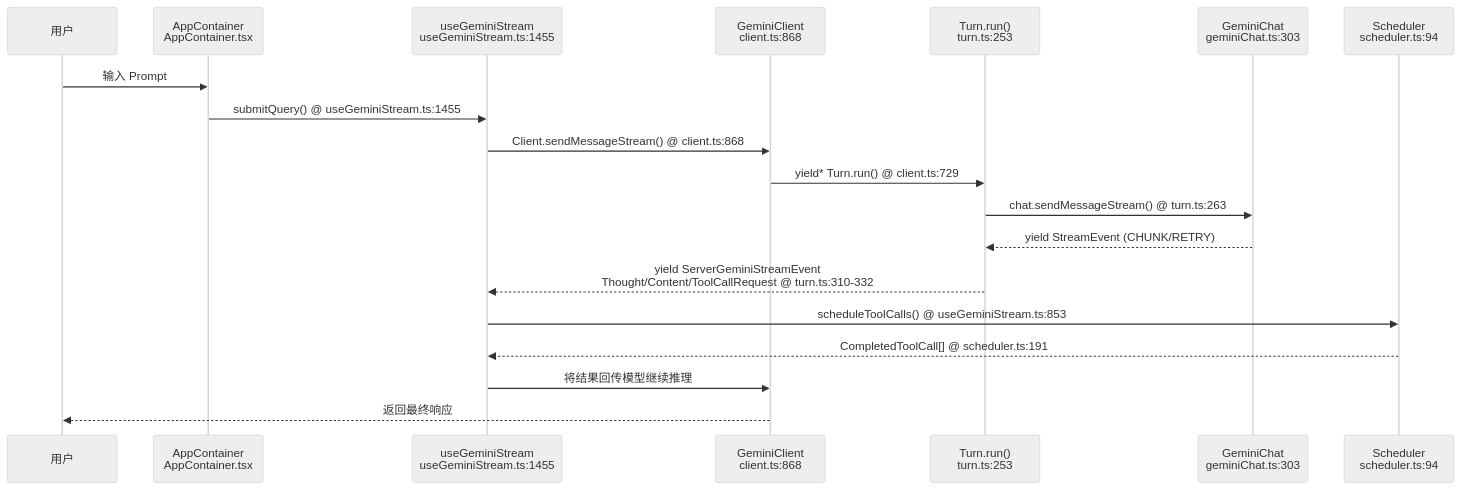
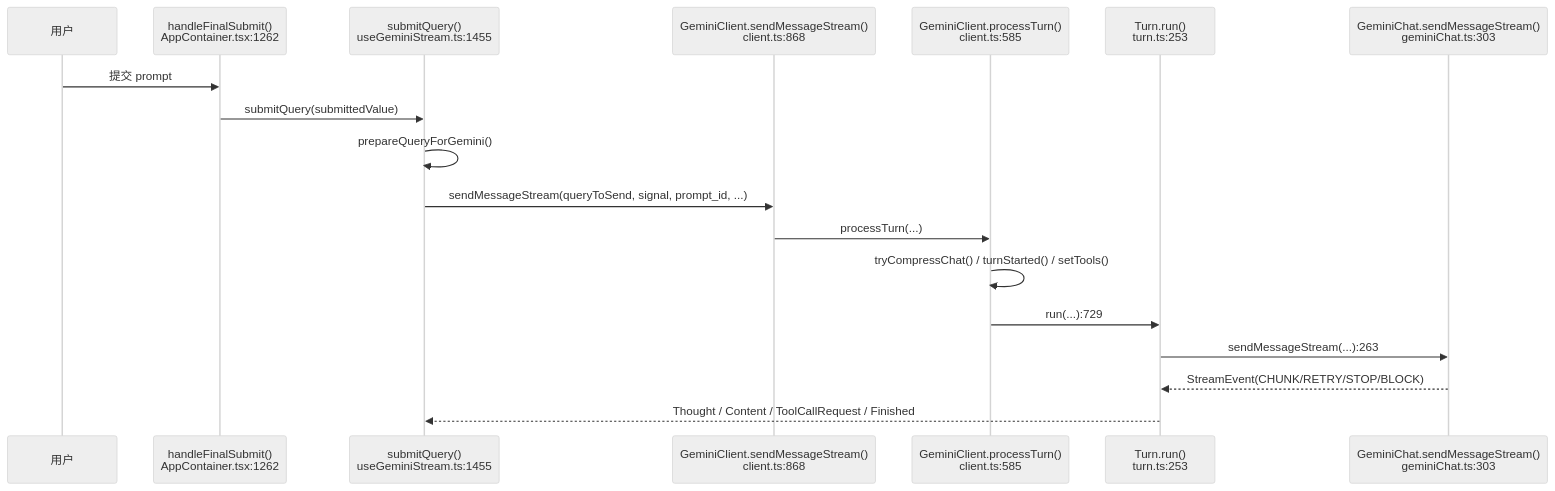
Before and after one commit to feuyeux/hello-olleh: the third of 7 diagrams in hello-gemini-cli/03-agent-loop.md, drawn with Mermaid. The commit also changed other lines of this file, not shown here.

````diff
--- a/hello-gemini-cli/03-agent-loop.md
+++ b/hello-gemini-cli/03-agent-loop.md
@@ -21,23 +138,22 @@
 ```mermaid
 %%{init: {'theme': 'neutral'}}%%
 sequenceDiagram
     participant User as 用户
-    participant App as AppContainer<br/>AppContainer.tsx
-    participant Stream as useGeminiStream<br/>useGeminiStream.ts:1455
-    participant Client as GeminiClient<br/>client.ts:868
+    participant App as handleFinalSubmit()<br/>AppContainer.tsx:1262
+    participant Hook as submitQuery()<br/>useGeminiStream.ts:1455
+    participant Client as GeminiClient.sendMessageStream()<br/>client.ts:868
+    participant TurnCtl as GeminiClient.processTurn()<br/>client.ts:585
     participant Turn as Turn.run()<br/>turn.ts:253
-    participant Chat as GeminiChat<br/>geminiChat.ts:303
-    participant Scheduler as Scheduler<br/>scheduler.ts:94
+    participant Chat as GeminiChat.sendMessageStream()<br/>geminiChat.ts:303
 
-    User->>App: 输入 Prompt
-    App->>Stream: submitQuery() @ useGeminiStream.ts:1455
-    Stream->>Client: Client.sendMessageStream() @ client.ts:868
-    Client->>Turn: yield* Turn.run() @ client.ts:729
-    Turn->>Chat: chat.sendMessageStream() @ turn.ts:263
-    Chat-->>Turn: yield StreamEvent (CHUNK/RETRY)
-    Turn-->>Stream: yield ServerGeminiStreamEvent<br/>Thought/Content/ToolCallRequest @ turn.ts:310-332
-    Stream->>Scheduler: scheduleToolCalls() @ useGeminiStream.ts:853
-    Scheduler-->>Stream: CompletedToolCall[] @ scheduler.ts:191
-    Stream->>Client: 将结果回传模型继续推理
-    Client-->>User: 返回最终响应
+    User->>App: 提交 prompt
+    App->>Hook: submitQuery(submittedValue)
+    Hook->>Hook: prepareQueryForGemini()
+    Hook->>Client: sendMessageStream(queryToSend, signal, prompt_id, ...)
+    Client->>TurnCtl: processTurn(...)
+    TurnCtl->>TurnCtl: tryCompressChat() / turnStarted() / setTools()
+    TurnCtl->>Turn: run(...):729
+    Turn->>Chat: sendMessageStream(...):263
+    Chat-->>Turn: StreamEvent(CHUNK/RETRY/STOP/BLOCK)
+    Turn-->>Hook: Thought / Content / ToolCallRequest / Finished
 ```
````
